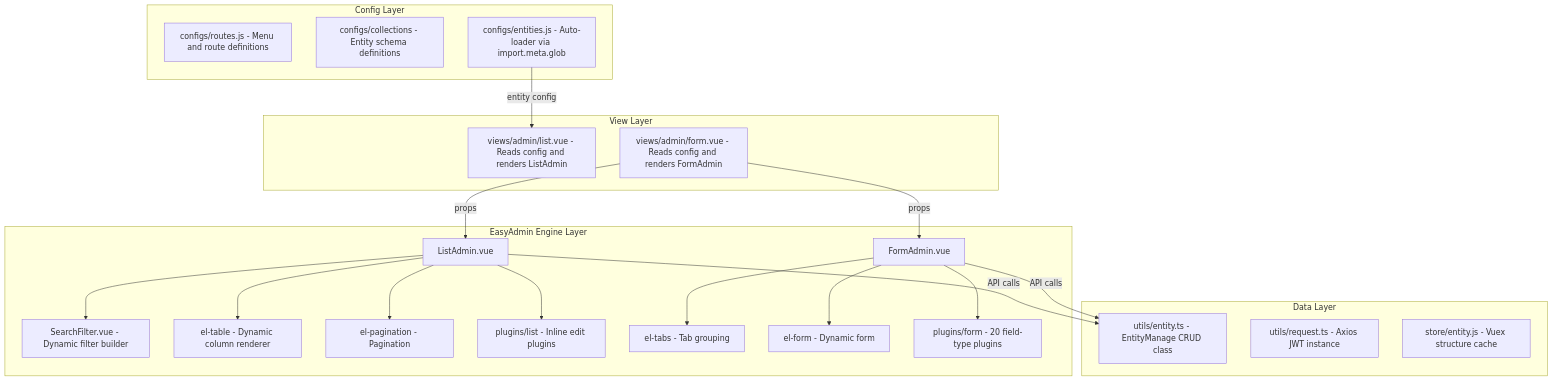
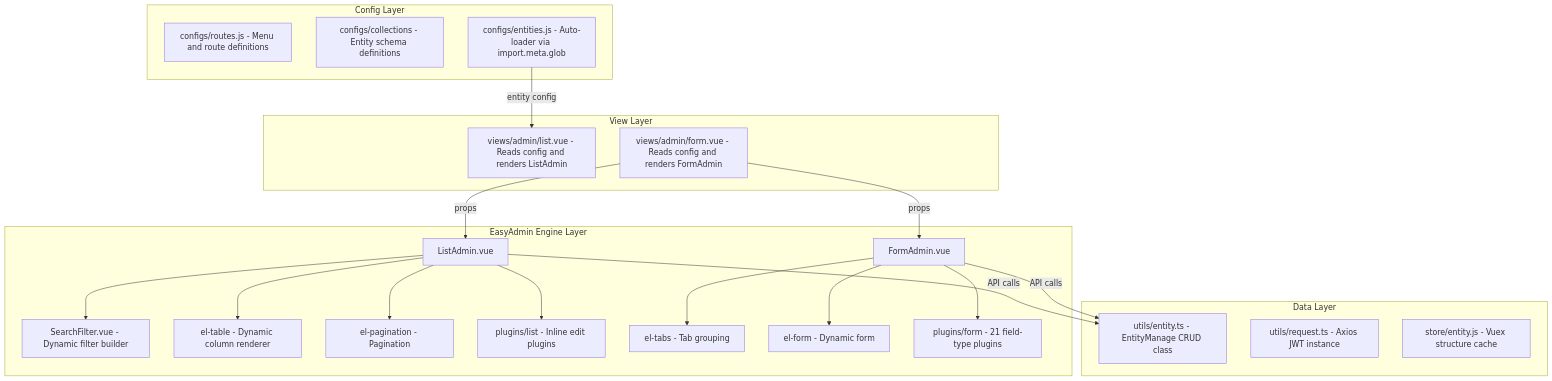
The first of 2 diagrams in docs/design/easyadmin-design.md (immane/crud-admin), drawn with Mermaid before and after one commit. The commit also changed other lines of this file and 10 other files, not shown here.

Commit message:
docs(EasyAdmin): document JSON Schema configuration

````diff
--- a/docs/design/easyadmin-design.md
+++ b/docs/design/easyadmin-design.md
@@ -24,40 +24,40 @@
 ```mermaid
 flowchart TB
     subgraph Config ["Config Layer"]
         C1["configs/routes.js - Menu and route definitions"]
         C2["configs/collections - Entity schema definitions"]
         C3["configs/entities.js - Auto-loader via import.meta.glob"]
     end
     subgraph View ["View Layer"]
         V1["views/admin/list.vue - Reads config and renders ListAdmin"]
         V2["views/admin/form.vue - Reads config and renders FormAdmin"]
     end
     subgraph Engine ["EasyAdmin Engine Layer"]
         L1["ListAdmin.vue"]
         L2["SearchFilter.vue - Dynamic filter builder"]
         L3["el-table - Dynamic column renderer"]
         L4["el-pagination - Pagination"]
         L5["plugins/list - Inline edit plugins"]
         F1["FormAdmin.vue"]
         F2["el-tabs - Tab grouping"]
         F3["el-form - Dynamic form"]
-        F4["plugins/form - 20 field-type plugins"]
+        F4["plugins/form - 21 field-type plugins"]
         L1 --> L2
         L1 --> L3
         L1 --> L4
         L1 --> L5
         F1 --> F2
         F1 --> F3
         F1 --> F4
     end
     subgraph Data ["Data Layer"]
         D1["utils/entity.ts - EntityManage CRUD class"]
         D2["utils/request.ts - Axios JWT instance"]
         D3["store/entity.js - Vuex structure cache"]
     end
     C3 -- "entity config" --> V1
     V2 -- "props" --> L1
     V2 -- "props" --> F1
     L1 -- "API calls" --> D1
     F1 -- "API calls" --> D1
 ```
````
